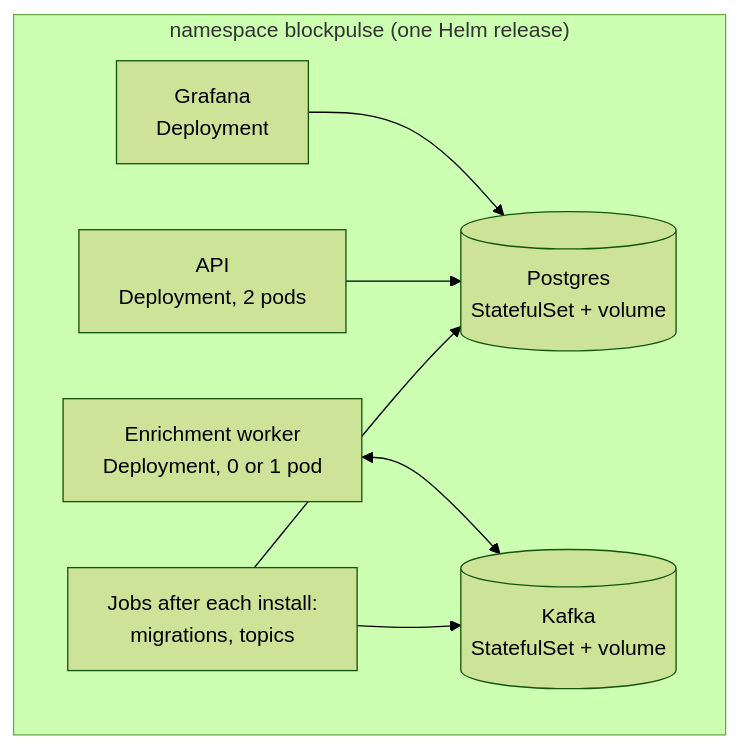
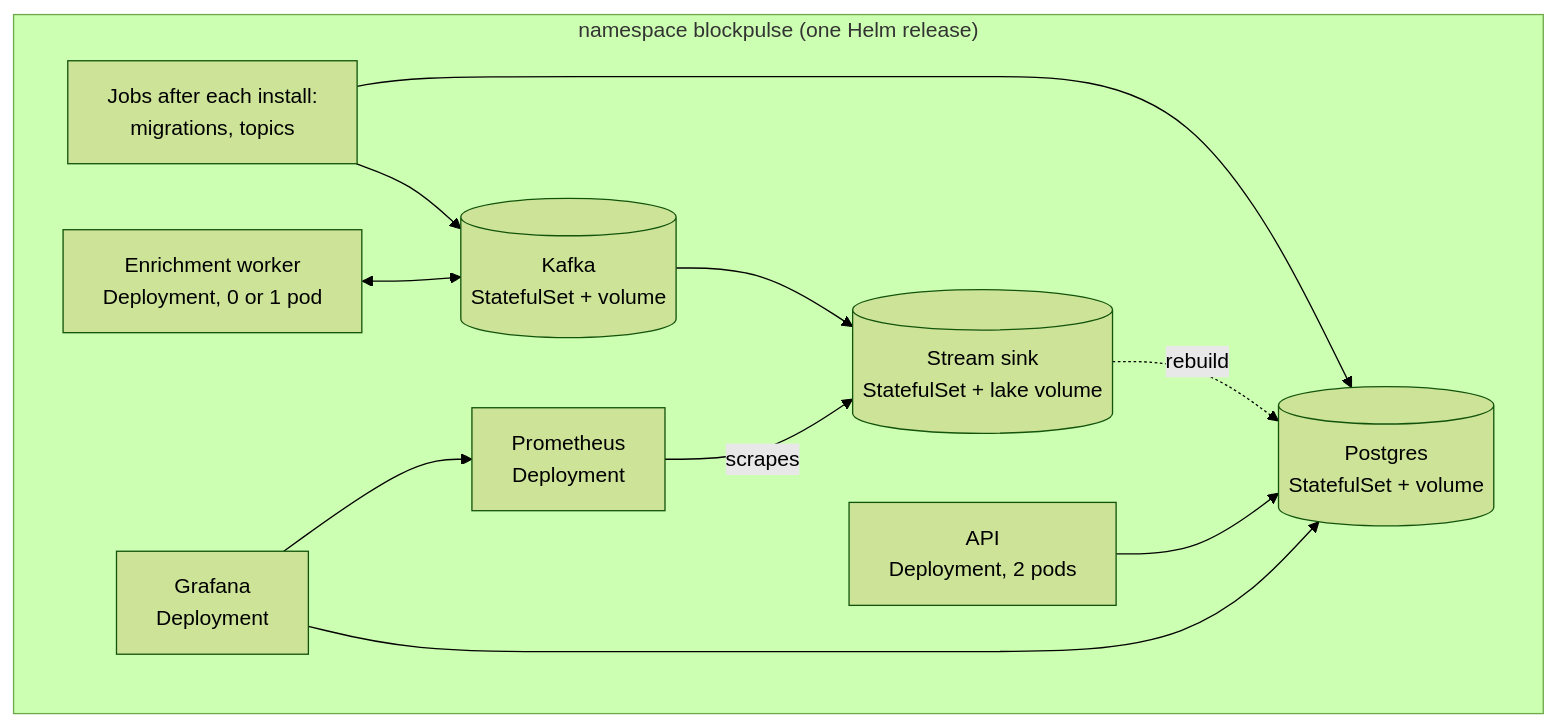
One commit to thaitri2005/BlockPulse changed the fourth of 4 diagrams in README.md. Above: the diagram before and after it, drawn with Mermaid (forest theme). The commit also changed other lines of this file and 18 other files, not shown here.

Commit message:
feat: stream sink, Prometheus and the pipeline dashboard in the Helm chart; CI creates a cluster and runs a pod-kill drill

````diff
--- a/README.md
+++ b/README.md
@@ -90,16 +90,22 @@
 ```mermaid
 flowchart TB
     subgraph ns ["namespace blockpulse (one Helm release)"]
         jobs["Jobs after each install:<br/>migrations, topics"]
+        worker["Enrichment worker<br/>Deployment, 0 or 1 pod"]
+        kafka[("Kafka<br/>StatefulSet + volume")]
+        sink[("Stream sink<br/>StatefulSet + lake volume")]
+        pg[("Postgres<br/>StatefulSet + volume")]
         api["API<br/>Deployment, 2 pods"]
-        worker["Enrichment worker<br/>Deployment, 0 or 1 pod"]
+        prom["Prometheus<br/>Deployment"]
         grafana["Grafana<br/>Deployment"]
-        pg[("Postgres<br/>StatefulSet + volume")]
-        kafka[("Kafka<br/>StatefulSet + volume")]
         jobs --> pg
         jobs --> kafka
+        worker <--> kafka
+        kafka --> sink
+        sink -. "rebuild" .-> pg
+        prom -- scrapes --> sink
         api --> pg
         grafana --> pg
-        worker <--> kafka
+        grafana --> prom
     end
 ```
````
